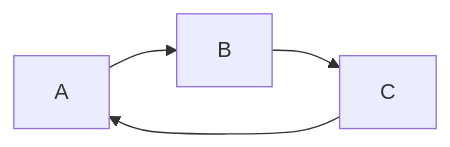
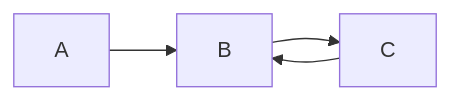
One commit to vitalyzotov/banking-model changed the diagram in src/site/test-diagram.md. Above: the diagram before and after it, drawn with Mermaid.

Commit message:
create-pull-request@v2 fails, try v3

````diff
--- a/src/site/test-diagram.md
+++ b/src/site/test-diagram.md
@@ -1,6 +1,6 @@
 ```mermaid
 graph LR
     A --> B;
     B --> C;
-    C --> A;
+    C --> B;
 ```
````
